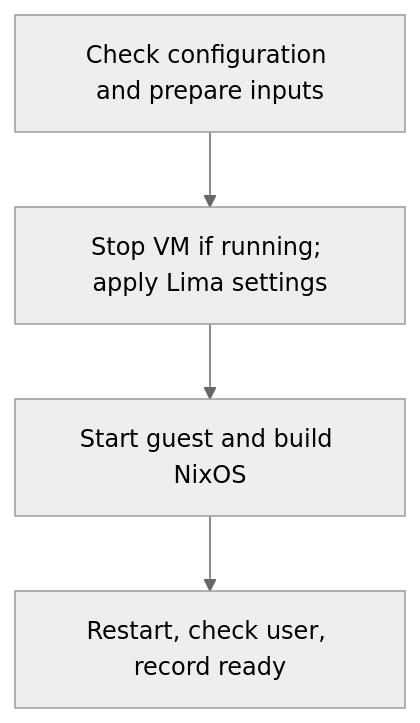
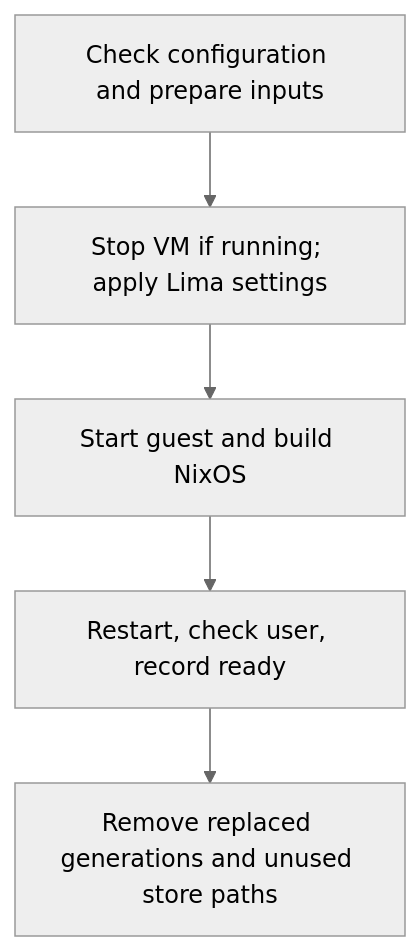
Before and after one commit to limanix/client: the diagram in guides/virtual-machines.md, drawn with Mermaid (neutral theme). The commit also changed other lines of this file and 33 other files, not shown here.

````diff
--- a/guides/virtual-machines.md
+++ b/guides/virtual-machines.md
@@ -122,6 +124,7 @@
 ```{mermaid}
 flowchart TD
     A["Check configuration and prepare inputs"] --> B["Stop VM if running; apply Lima settings"]
     B --> C["Start guest and build NixOS"]
     C --> D["Restart, check user, record ready"]
+    D --> E["Remove replaced generations and unused store paths"]
 ```
````
